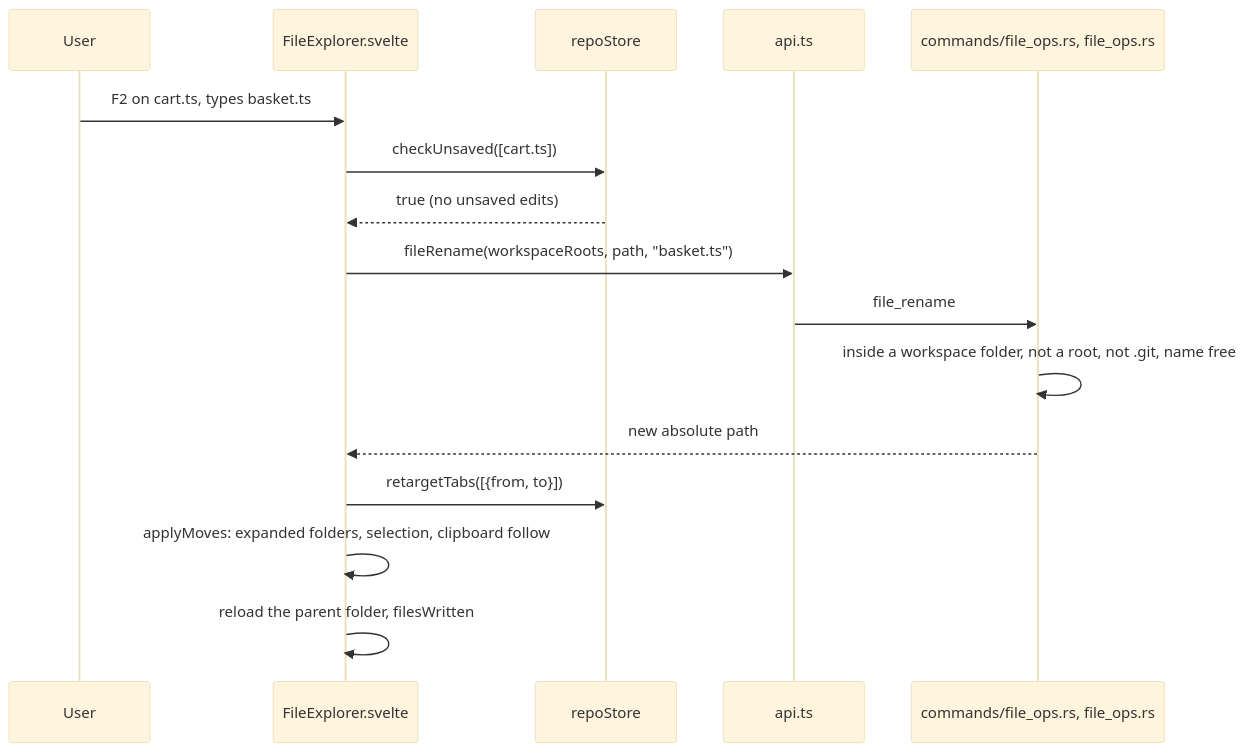
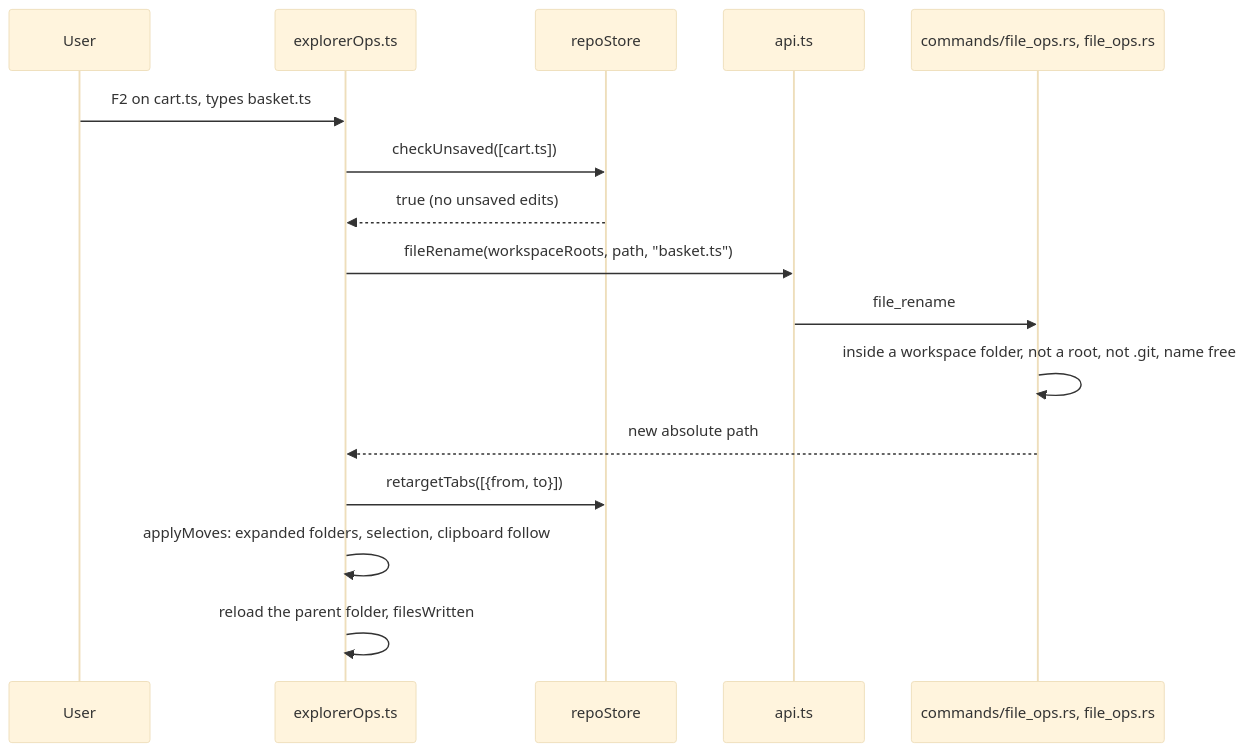
Before and after one commit to shibbirweb/git-manager: the first of 2 diagrams in docs/wiki/developer/How-File-Operations-Work.md, drawn with Mermaid (base theme). The commit also changed other lines of this file and 453 other files, not shown here.

````diff
--- a/docs/wiki/developer/How-File-Operations-Work.md
+++ b/docs/wiki/developer/How-File-Operations-Work.md
@@ -11,18 +11,18 @@
 ```mermaid
 sequenceDiagram
   participant User
-  participant Tree as FileExplorer.svelte
+  participant Tree as explorerOps.ts
   participant Store as repoStore
   participant Api as api.ts
   participant Rust as commands/file_ops.rs, file_ops.rs
   User->>Tree: F2 on cart.ts, types basket.ts
   Tree->>Store: checkUnsaved([cart.ts])
   Store-->>Tree: true (no unsaved edits)
   Tree->>Api: fileRename(workspaceRoots, path, "basket.ts")
   Api->>Rust: file_rename
   Rust->>Rust: inside a workspace folder, not a root, not .git, name free
   Rust-->>Tree: new absolute path
   Tree->>Store: retargetTabs([{from, to}])
   Tree->>Tree: applyMoves: expanded folders, selection, clipboard follow
   Tree->>Tree: reload the parent folder, filesWritten
 ```
````
